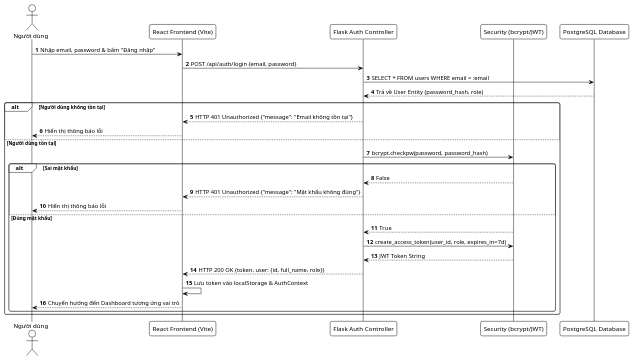
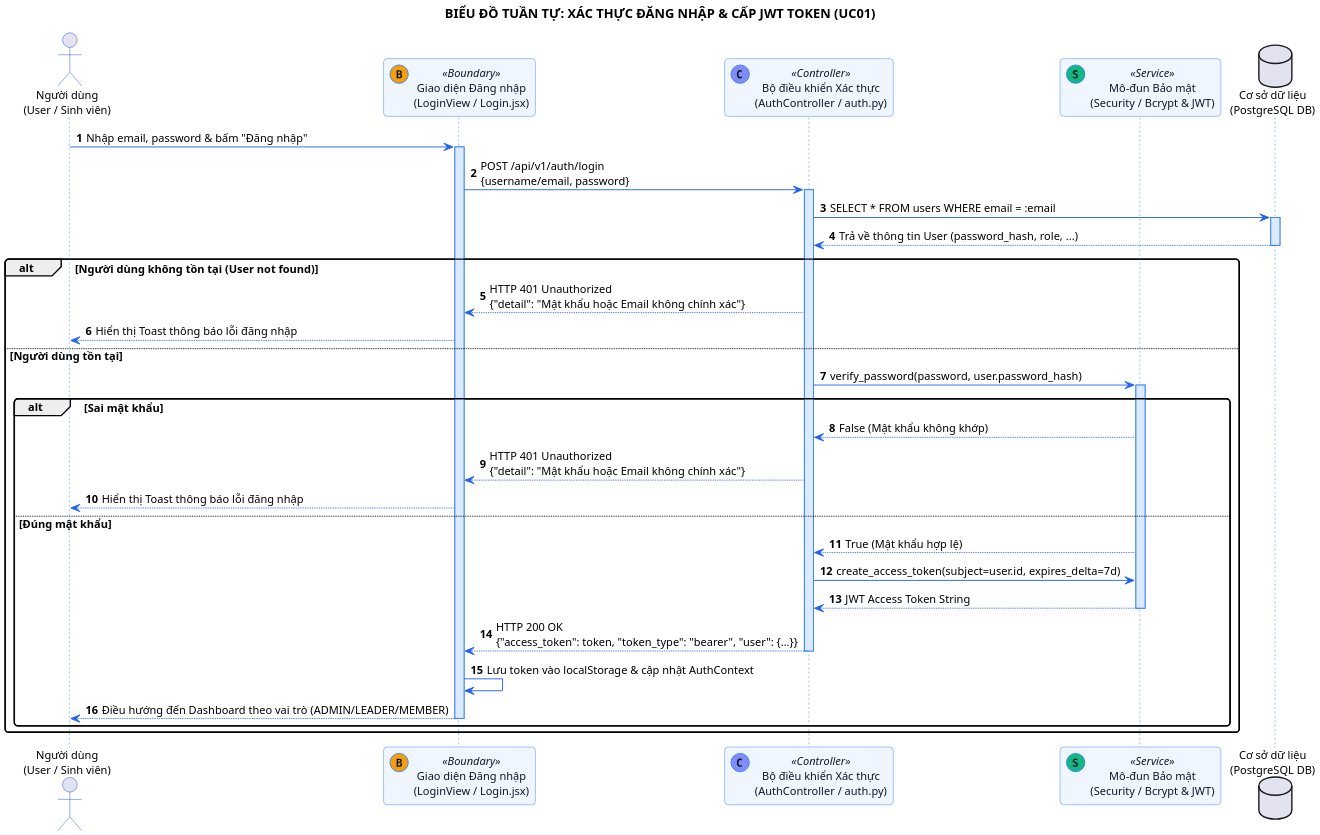
Before and after one commit to nda2801/Student_Club_Management: the diagram in docs/plantuml/sequence_auth_login.puml, drawn with PlantUML. The commit also changed 310 other files, not shown here.

Commit message:
docs: update SDLC documentation, AI proofs, diagrams and system configuration

```diff
--- a/docs/plantuml/sequence_auth_login.puml
+++ b/docs/plantuml/sequence_auth_login.puml
@@ -1,37 +1,63 @@
 @startuml sequence_auth_login
-!theme plain
 skinparam backgroundColor #FFFFFF
 skinparam shadowing false
 skinparam roundcorner 8
+skinparam defaultFontName "Segoe UI"
+skinparam defaultFontSize 12
+skinparam dpi 200
+
+skinparam sequence {
+    ArrowColor #2563EB
+    ActorBorderColor #1D4ED8
+    LifeLineBorderColor #3B82F6
+    LifeLineBackgroundColor #DBEAFE
+    ParticipantBorderColor #3B82F6
+    ParticipantBackgroundColor #EFF6FF
+    ParticipantFontColor #0F172A
+    DatabaseBorderColor #475569
+    DatabaseBackgroundColor #F8FAFC
+}
+
+title **BIỂU ĐỒ TUẦN TỰ: XÁC THỰC ĐĂNG NHẬP & CẤP JWT TOKEN (UC01)**
 
 autonumber
-actor "Người dùng" as User
-participant "React Frontend (Vite)" as UI
-participant "Flask Auth Controller" as AuthCtrl
-participant "Security (bcrypt/JWT)" as Sec
-participant "PostgreSQL Database" as DB
+actor "Người dùng\n(User / Sinh viên)" as User
+participant "Giao diện Đăng nhập\n(LoginView / Login.jsx)" as UI << (B,#F59E0B) Boundary >>
+participant "Bộ điều khiển Xác thực\n(AuthController / auth.py)" as AuthCtrl << (C,#818CF8) Controller >>
+participant "Mô-đun Bảo mật\n(Security / Bcrypt & JWT)" as Sec << (S,#10B981) Service >>
+database "Cơ sở dữ liệu\n(PostgreSQL DB)" as DB
 
 User -> UI : Nhập email, password & bấm "Đăng nhập"
-UI -> AuthCtrl : POST /api/auth/login {email, password}
+activate UI
+
+UI -> AuthCtrl : POST /api/v1/auth/login\n{username/email, password}
+activate AuthCtrl
+
 AuthCtrl -> DB : SELECT * FROM users WHERE email = :email
-DB --> AuthCtrl : Trả về User Entity (password_hash, role)
+activate DB
+DB --> AuthCtrl : Trả về thông tin User (password_hash, role, ...)
+deactivate DB
 
-alt Người dùng không tồn tại
-    AuthCtrl --> UI : HTTP 401 Unauthorized {"message": "Email không tồn tại"}
-    UI --> User : Hiển thị thông báo lỗi
+alt Người dùng không tồn tại (User not found)
+    AuthCtrl --> UI : HTTP 401 Unauthorized\n{"detail": "Mật khẩu hoặc Email không chính xác"}
+    UI --> User : Hiển thị Toast thông báo lỗi đăng nhập
 else Người dùng tồn tại
-    AuthCtrl -> Sec : bcrypt.checkpw(password, password_hash)
+    AuthCtrl -> Sec : verify_password(password, user.password_hash)
+    activate Sec
     alt Sai mật khẩu
-        Sec --> AuthCtrl : False
-        AuthCtrl --> UI : HTTP 401 Unauthorized {"message": "Mật khẩu không đúng"}
-        UI --> User : Hiển thị thông báo lỗi
+        Sec --> AuthCtrl : False (Mật khẩu không khớp)
+        AuthCtrl --> UI : HTTP 401 Unauthorized\n{"detail": "Mật khẩu hoặc Email không chính xác"}
+        UI --> User : Hiển thị Toast thông báo lỗi đăng nhập
     else Đúng mật khẩu
-        Sec --> AuthCtrl : True
-        AuthCtrl -> Sec : create_access_token(user_id, role, expires_in=7d)
-        Sec --> AuthCtrl : JWT Token String
-        AuthCtrl --> UI : HTTP 200 OK {token, user: {id, full_name, role}}
-        UI -> UI : Lưu token vào localStorage & AuthContext
-        UI --> User : Chuyển hướng đến Dashboard tương ứng vai trò
+        Sec --> AuthCtrl : True (Mật khẩu hợp lệ)
+        AuthCtrl -> Sec : create_access_token(subject=user.id, expires_delta=7d)
+        Sec --> AuthCtrl : JWT Access Token String
+        deactivate Sec
+        AuthCtrl --> UI : HTTP 200 OK\n{"access_token": token, "token_type": "bearer", "user": {...}}
+        deactivate AuthCtrl
+        UI -> UI : Lưu token vào localStorage & cập nhật AuthContext
+        UI --> User : Điều hướng đến Dashboard theo vai trò (ADMIN/LEADER/MEMBER)
+        deactivate UI
     end
 end
 @enduml
```
